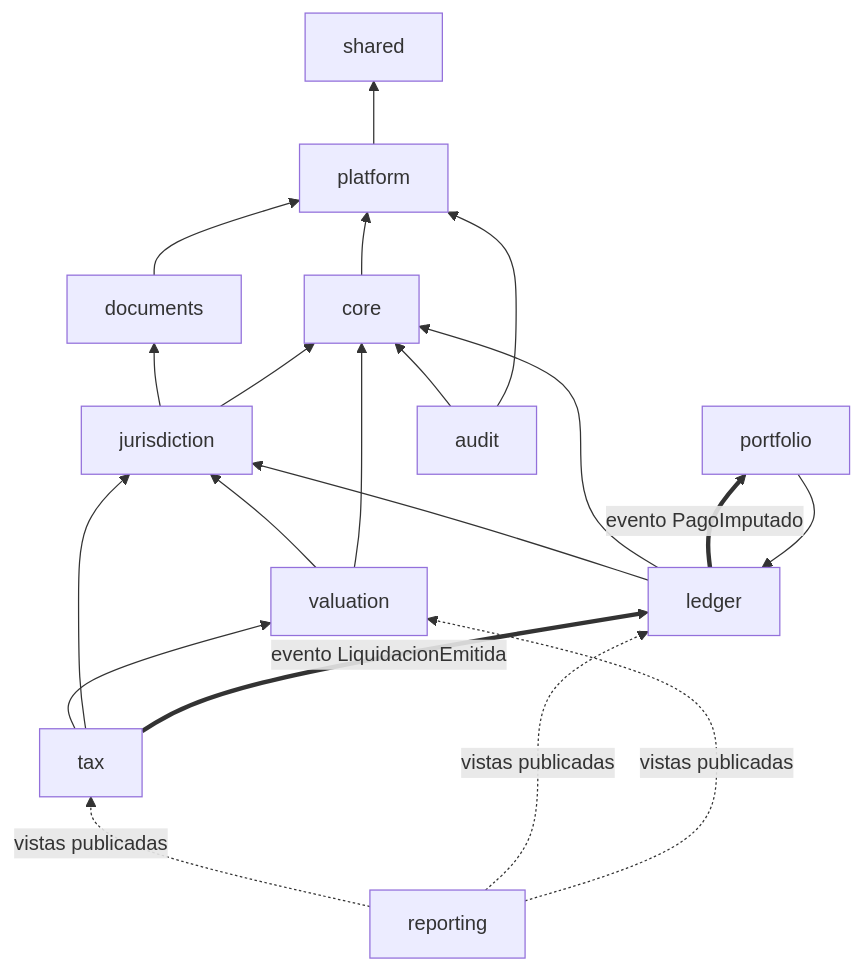
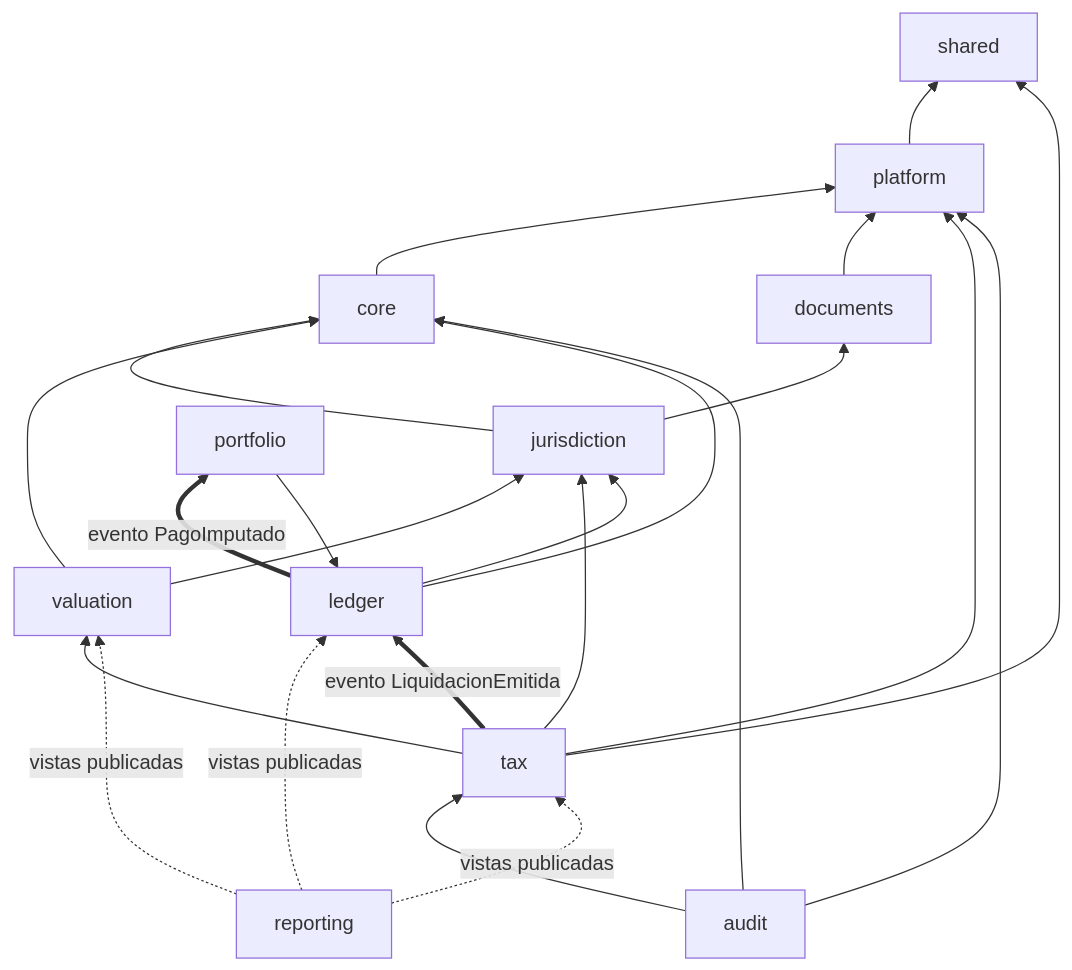
One commit to jorgearaujoSap/liv changed the third of 6 diagrams in docs/arquitectura/01_Arquitectura_de_Software.md. Above: the diagram before and after it, drawn with Mermaid. The commit also changed other lines of this file and 2 other files, not shown here.

````diff
--- a/docs/arquitectura/01_Arquitectura_de_Software.md
+++ b/docs/arquitectura/01_Arquitectura_de_Software.md
@@ -94,21 +94,24 @@
 ```mermaid
 flowchart BT
     SK[shared]
     PL[platform] --> SK
     CORE[core] --> PL
     DOC[documents] --> PL
     JUR[jurisdiction] --> DOC
     JUR --> CORE
     VAL[valuation] --> JUR
     VAL --> CORE
     TAX[tax] --> VAL
     TAX --> JUR
+    TAX --> PL
+    TAX --> SK
     LED[ledger] --> JUR
     LED --> CORE
     POR[portfolio] --> LED
     AUD[audit] --> CORE
     AUD --> PL
+    AUD --> TAX
     REP[reporting] -. vistas publicadas .-> TAX & LED & VAL
     TAX == "evento LiquidacionEmitida" ==> LED
     LED == "evento PagoImputado" ==> POR
 ```
````
